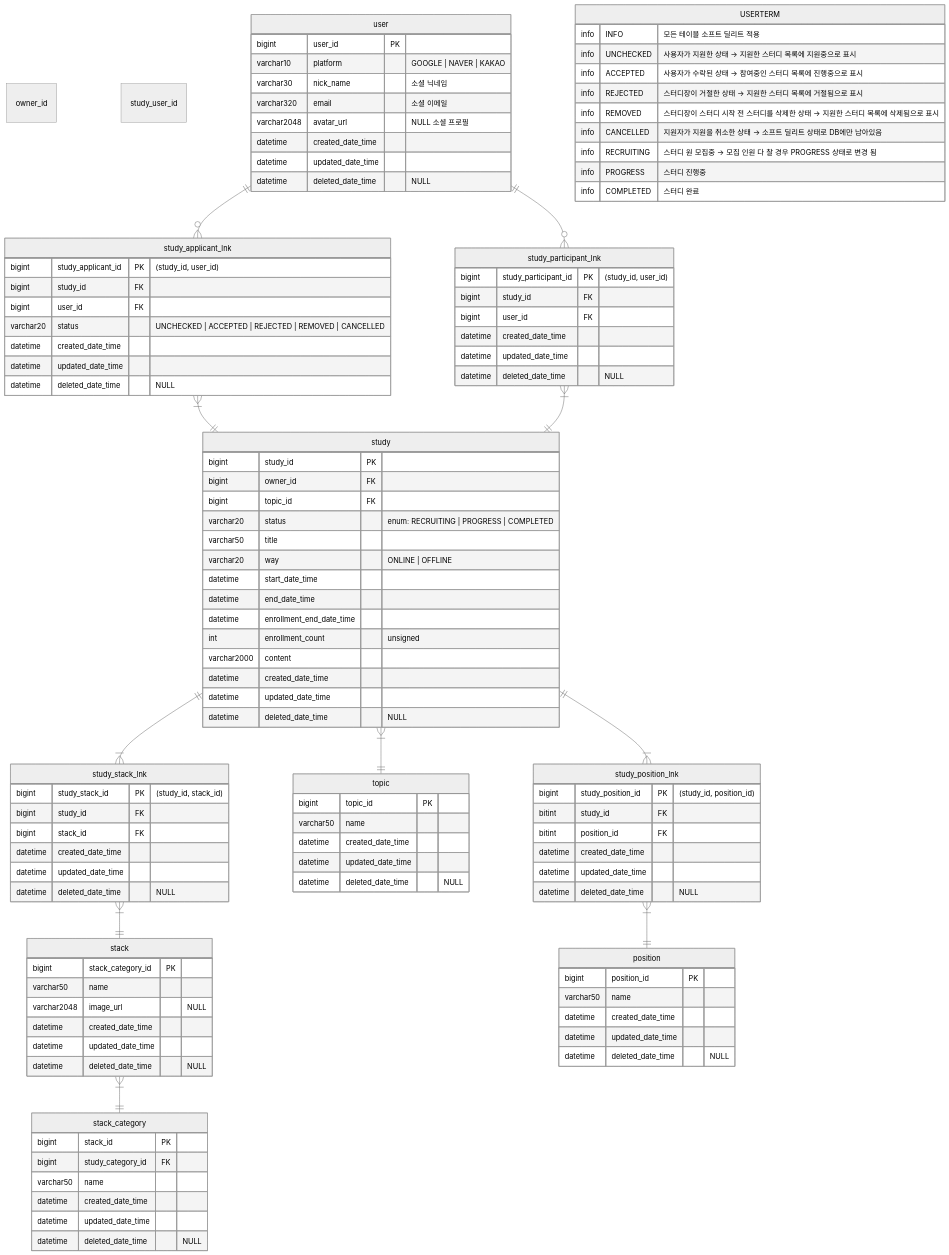
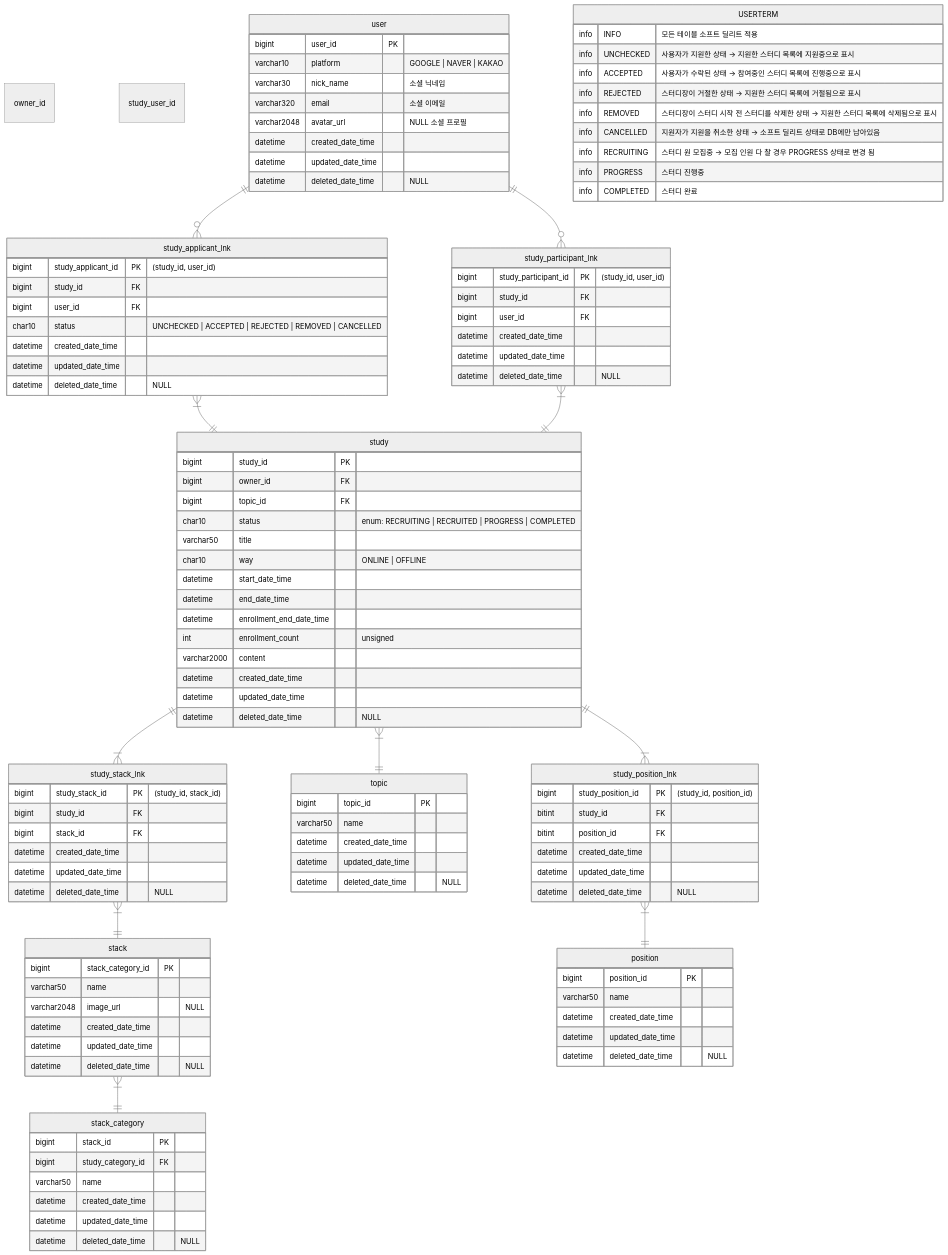
The diagram in docs/erd.md (Ludo-SMP/ludo-backend), drawn with Mermaid before and after one commit.

Commit message:
docs: change table column type from varchar to char
데이터베이스 물리 메모리 구조 및 칼럼이 자주 변경되는 특성을 고려하여 char 타입으로 변경

```diff
--- a/docs/erd.md
+++ b/docs/erd.md
@@ -173,9 +173,9 @@
         bigint study_id PK
         bigint owner_id FK
         bigint topic_id FK
-        varchar20 status "enum: RECRUITING | PROGRESS | COMPLETED"
+        char10 status "enum: RECRUITING | RECRUITED | PROGRESS | COMPLETED"
         varchar50 title
-        varchar20 way "ONLINE | OFFLINE"
+        char10 way "ONLINE | OFFLINE"
         datetime start_date_time
         datetime end_date_time
         datetime enrollment_end_date_time
@@ -199,7 +199,7 @@
         bigint study_applicant_id PK "(study_id, user_id)"
         bigint study_id FK
         bigint user_id FK
-        varchar20 status "UNCHECKED | ACCEPTED | REJECTED | REMOVED | CANCELLED"
+        char10 status "UNCHECKED | ACCEPTED | REJECTED | REMOVED | CANCELLED"
         datetime created_date_time
         datetime updated_date_time
         datetime deleted_date_time "NULL"
```
